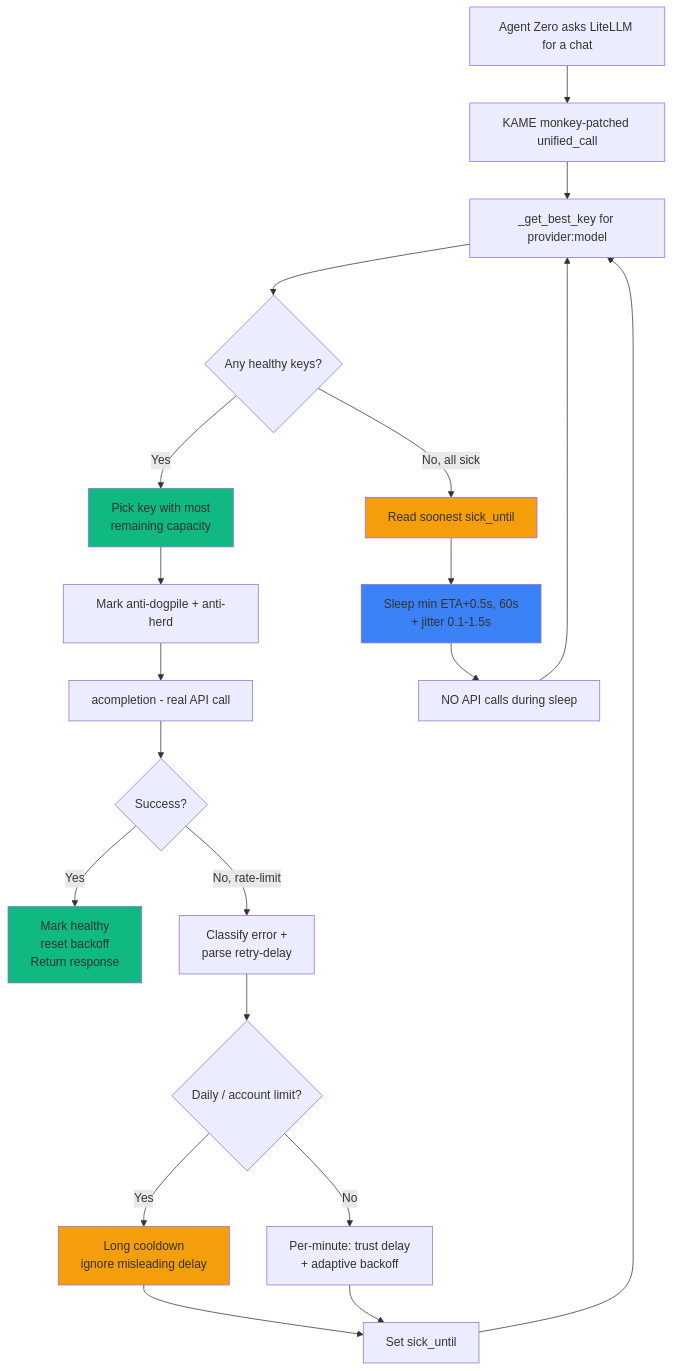
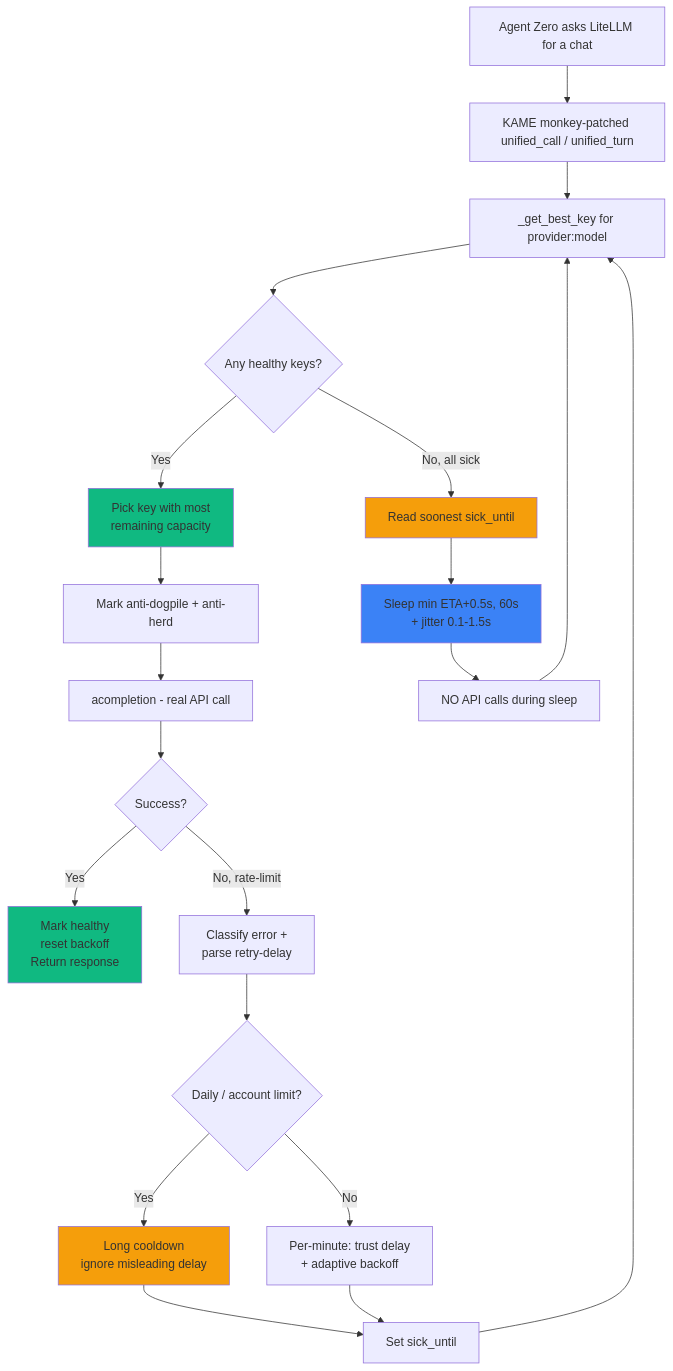
The diagram in README.md (Kame696/kame-api-rotation-for-agent-zero), drawn with Mermaid before and after one commit. The commit also changed other lines of this file, not shown here.

Commit message:
v1.0.4 — README reorganized (cleaner flow, collapsible sections)

````diff
--- a/README.md
+++ b/README.md
@@ -239,32 +166,32 @@
 ```mermaid
 flowchart TD
-    A[Agent Zero asks LiteLLM for a chat] --> B[KAME monkey-patched unified_call]
+    A[Agent Zero asks LiteLLM for a chat] --> B[KAME monkey-patched unified_call / unified_turn]
     B --> C[_get_best_key for provider:model]
     C --> D{Any healthy keys?}
 
     D -->|Yes| E[Pick key with most<br/>remaining capacity]
     D -->|No, all sick| F[Read soonest sick_until]
 
     E --> G[Mark anti-dogpile + anti-herd]
     G --> H[acompletion - real API call]
     H --> I{Success?}
 
     F --> J[Sleep min ETA+0.5s, 60s<br/>+ jitter 0.1-1.5s]
     J --> K[NO API calls during sleep]
     K --> C
 
     I -->|Yes| L[Mark healthy<br/>reset backoff<br/>Return response]
     I -->|No, rate-limit| M[Classify error +<br/>parse retry-delay]
     M --> N{Daily / account limit?}
     N -->|Yes| O[Long cooldown<br/>ignore misleading delay]
     N -->|No| P[Per-minute: trust delay<br/>+ adaptive backoff]
     O --> Q[Set sick_until]
     P --> Q
     Q --> C
 
     style E fill:#10b981
     style F fill:#f59e0b
     style L fill:#10b981
     style O fill:#f59e0b
     style J fill:#3b82f6
 ```
````
